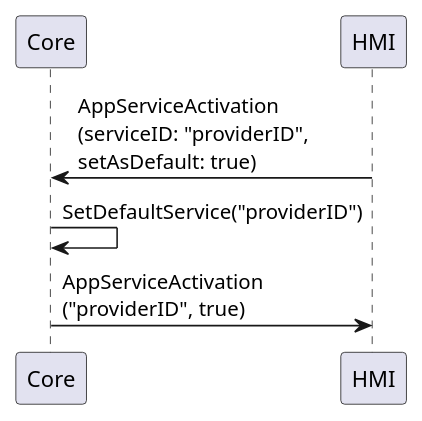
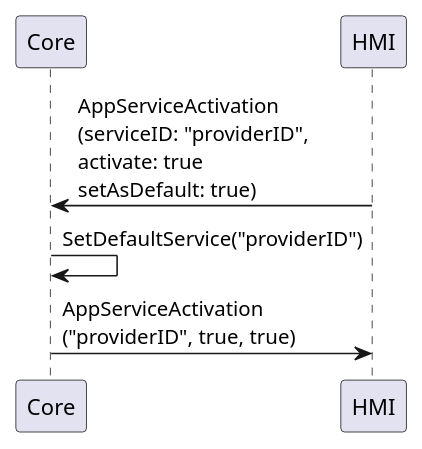
The diagram in docs/AppService/AppServiceActivation/assets/AppServiceActivation_SetAsDefault_Success.puml (smartdevicelink/sdl_hmi_integration_guidelines), drawn with PlantUML before and after one commit. The commit also changed 1 other file, not shown here.

Commit message:
Add `activate` parameter in `setAsDefault` diagram

```diff
--- a/docs/AppService/AppServiceActivation/assets/AppServiceActivation_SetAsDefault_Success.puml
+++ b/docs/AppService/AppServiceActivation/assets/AppServiceActivation_SetAsDefault_Success.puml
@@ -1,11 +1,11 @@
 @startuml
 
 participant Core
 participant HMI
 
-HMI -> Core : AppServiceActivation\n(serviceID: "providerID", \nsetAsDefault: true)
+HMI -> Core : AppServiceActivation\n(serviceID: "providerID", \nactivate: true \nsetAsDefault: true)
 
 Core -> Core : SetDefaultService("providerID")
 
-Core -> HMI : AppServiceActivation\n("providerID", true)
+Core -> HMI : AppServiceActivation\n("providerID", true, true)
 @enduml
```
